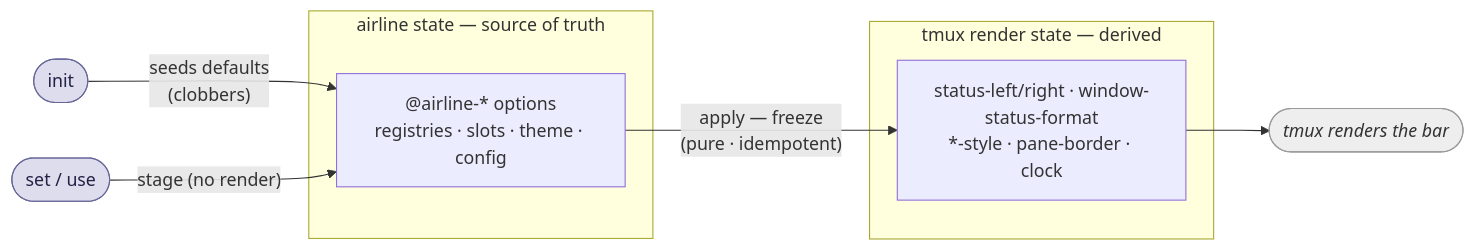
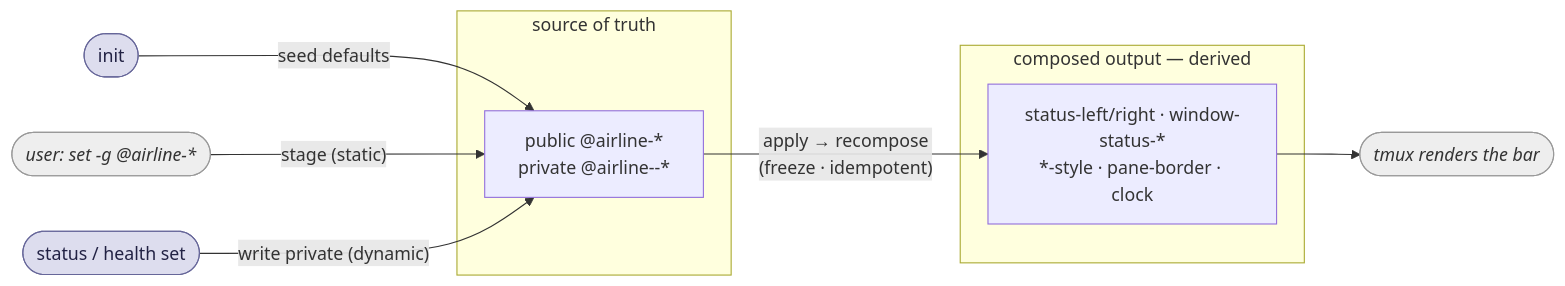
One commit to andrewjstryker/tmux-airline changed the third of 3 diagrams in DESIGN.md. Above: the diagram before and after it, drawn with Mermaid. The commit also changed other lines of this file, not shown here.

````diff
--- a/DESIGN.md
+++ b/DESIGN.md
@@ -121,16 +149,17 @@
 ```mermaid
 graph LR
-    INIT(["init"]):::verb -- "seeds defaults<br/>(clobbers)" --> S
-    SET(["set / use"]):::verb -- "stage (no render)" --> S
-    subgraph IN["airline state — source of truth"]
-        S["@airline-* options<br/>registries · slots · theme · config"]
+    INIT(["init"]):::verb -- "seed defaults" --> S
+    USER(["user: set -g @airline-*"]):::ext -- "stage (static)" --> S
+    EVT(["status / health set"]):::verb -- "write private (dynamic)" --> S
+    subgraph IN["source of truth"]
+        S["public @airline-*<br/>private @airline--*"]
     end
-    S -- "apply — freeze<br/>(pure · idempotent)" --> T
-    subgraph OUT["tmux render state — derived"]
-        T["status-left/right · window-status-format<br/>*-style · pane-border · clock"]
+    S -- "apply → recompose<br/>(freeze · idempotent)" --> T
+    subgraph OUT["composed output — derived"]
+        T["status-left/right · window-status-*<br/>*-style · pane-border · clock"]
     end
     T --> R([tmux renders the bar]):::ext
 
     classDef ext fill:#eee,stroke:#999,color:#333,font-style:italic;
     classDef verb fill:#dde,stroke:#669,color:#224;
 ```
````
